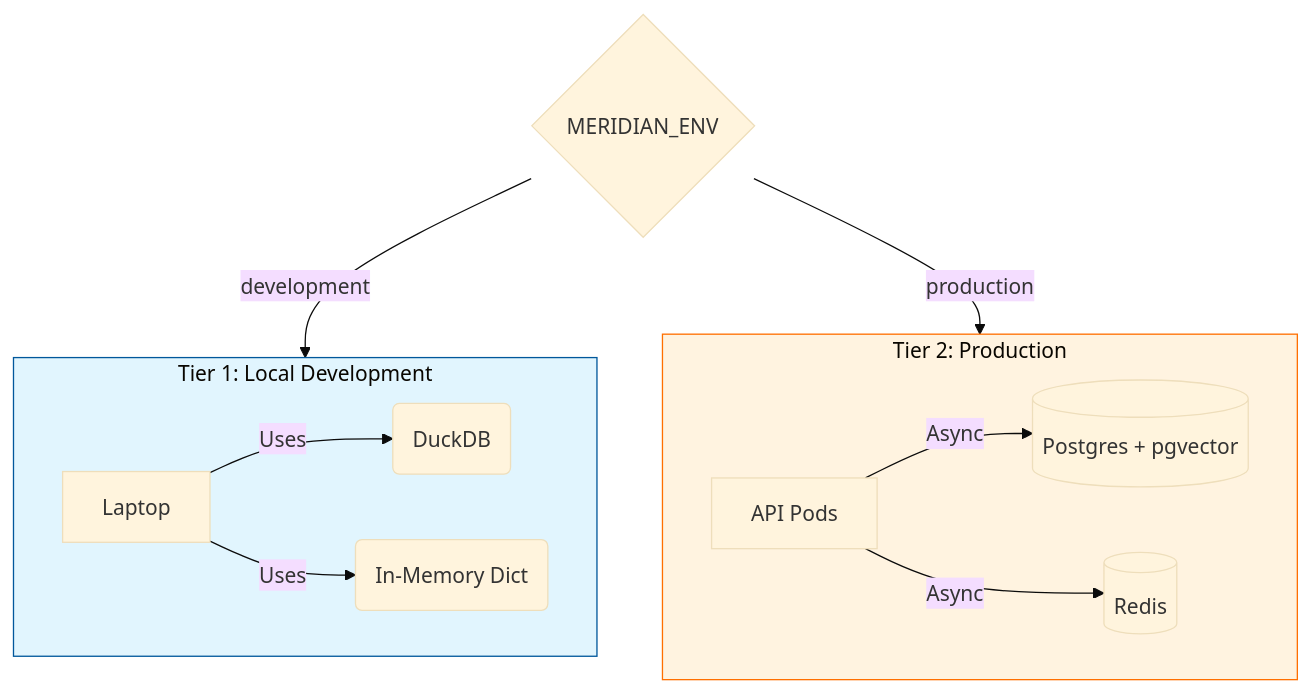
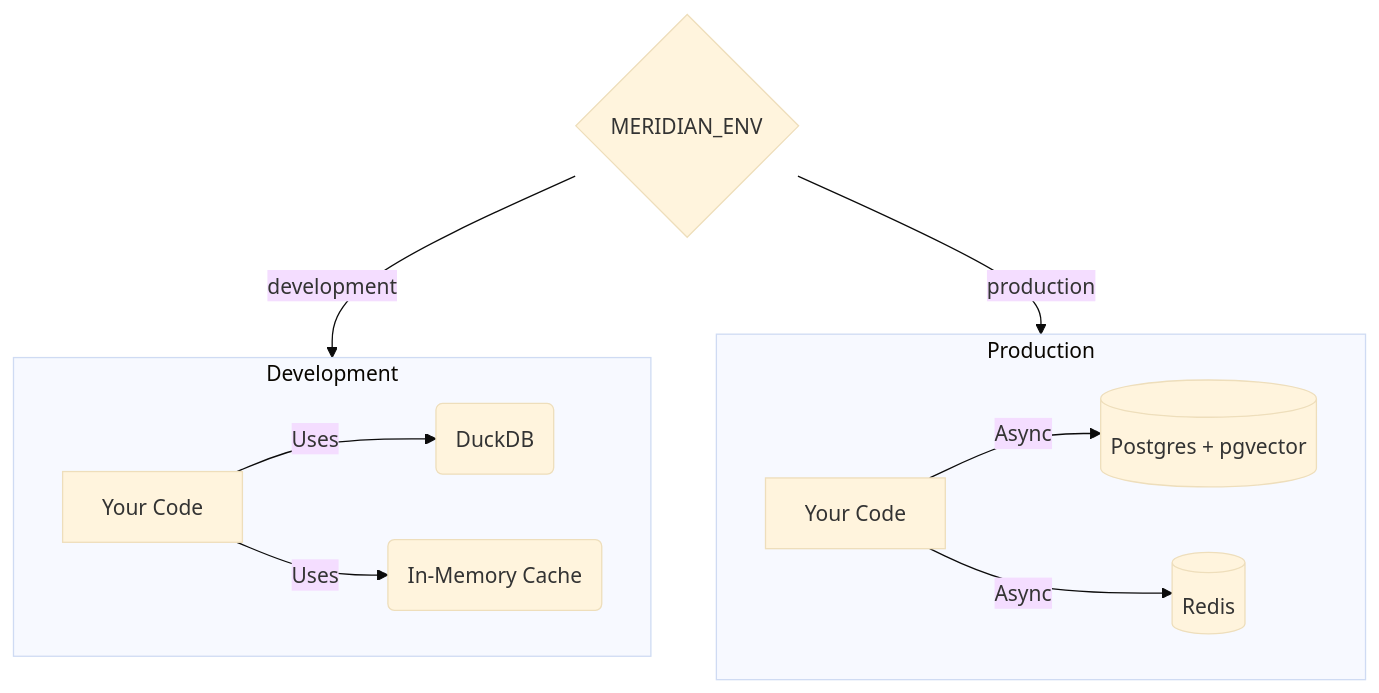
Before and after one commit to davidahmann/meridian: the diagram in README.md, drawn with Mermaid (base theme). The commit also changed other lines of this file and 1 other file, not shown here.

````diff
--- a/README.md
+++ b/README.md
@@ -173,17 +158,15 @@
 ```mermaid
 graph TD
-    subgraph Dev [Tier 1: Local Development]
-        A[Laptop] -->|Uses| B(DuckDB)
-        A -->|Uses| C(In-Memory Dict)
-        style Dev fill:#e1f5fe,stroke:#01579b
+    subgraph Dev [Development]
+        A[Your Code] -->|Uses| B(DuckDB)
+        A -->|Uses| C(In-Memory Cache)
     end
 
-    subgraph Prod [Tier 2: Production]
-        D[API Pods] -->|Async| E[(Postgres + pgvector)]
+    subgraph Prod [Production]
+        D[Your Code] -->|Async| E[(Postgres + pgvector)]
         D -->|Async| F[(Redis)]
-        style Prod fill:#fff3e0,stroke:#ff6f00
     end
 
     Switch{MERIDIAN_ENV} -->|development| Dev
     Switch -->|production| Prod
 ```
````
